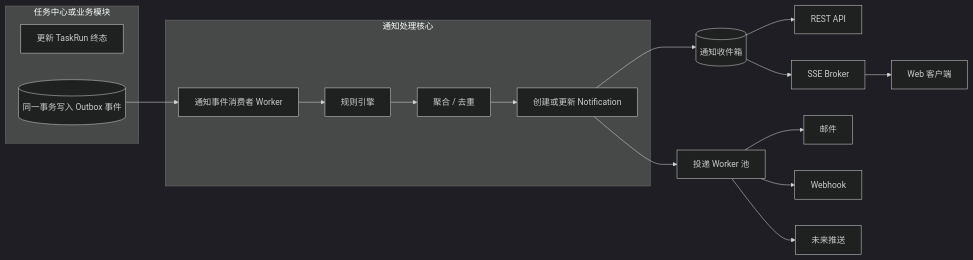
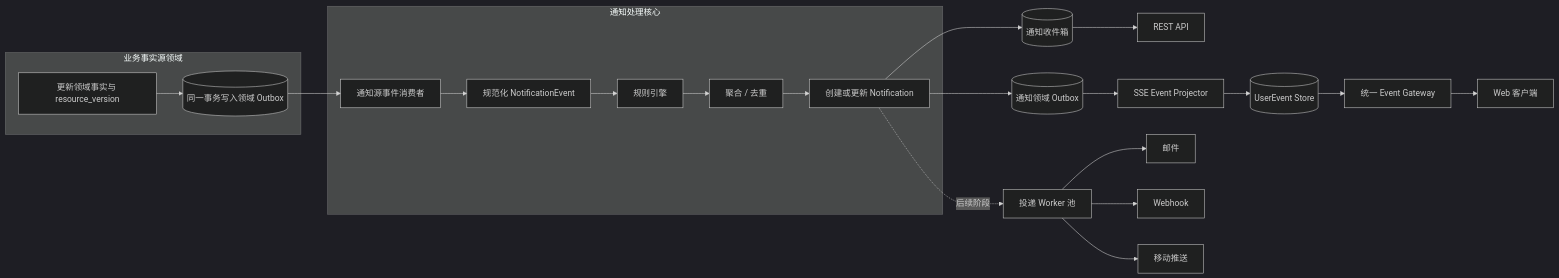
The first of 4 diagrams in 00_product/domains/notification-center/product-spec.md (wangweihong/omnimam-spec), drawn with Mermaid (dark theme) before and after one commit. The commit also changed other lines of this file and 16 other files, not shown here.

Commit message:
spec: define notification center contracts

````diff
--- a/00_product/domains/notification-center/product-spec.md
+++ b/00_product/domains/notification-center/product-spec.md
@@ -76,25 +88,30 @@
 ```mermaid
 flowchart LR
-    subgraph TaskCenter [任务中心或业务模块]
-        TC[更新 TaskRun 终态]
-        Outbox[(同一事务写入 Outbox 事件)]
+    subgraph SourceDomain [业务事实源领域]
+        Fact[更新领域事实与 resource_version]
+        Outbox[(同一事务写入领域 Outbox)]
+        Fact --> Outbox
     end
 
-    Outbox --> EventConsumer[通知事件消费者 Worker]
+    Outbox --> EventConsumer[通知源事件消费者]
     
     subgraph NotificationCore [通知处理核心]
-        EventConsumer --> Rule[规则引擎]
+        EventConsumer --> Candidate[规范化 NotificationEvent]
+        Candidate --> Rule[规则引擎]
         Rule --> Agg[聚合 / 去重]
         Agg --> Store[创建或更新 Notification]
     end
 
     Store --> Inbox[(通知收件箱)]
     Inbox --> REST[REST API]
-    Inbox --> SSEBroker[SSE Broker]
-    SSEBroker --> Client[Web 客户端]
+    Store --> NotificationOutbox[(通知领域 Outbox)]
+    NotificationOutbox --> SSEProjector[SSE Event Projector]
+    SSEProjector --> UserEvent[(UserEvent Store)]
+    UserEvent --> EventGateway[统一 Event Gateway]
+    EventGateway --> Client[Web 客户端]
 
-    Store --> DeliveryWorker[投递 Worker 池]
+    Store -. 后续阶段 .-> DeliveryWorker[投递 Worker 池]
     DeliveryWorker --> Email[邮件]
     DeliveryWorker --> Webhook[Webhook]
-    DeliveryWorker --> Push[未来推送]
+    DeliveryWorker --> Push[移动推送]
 ```
````
